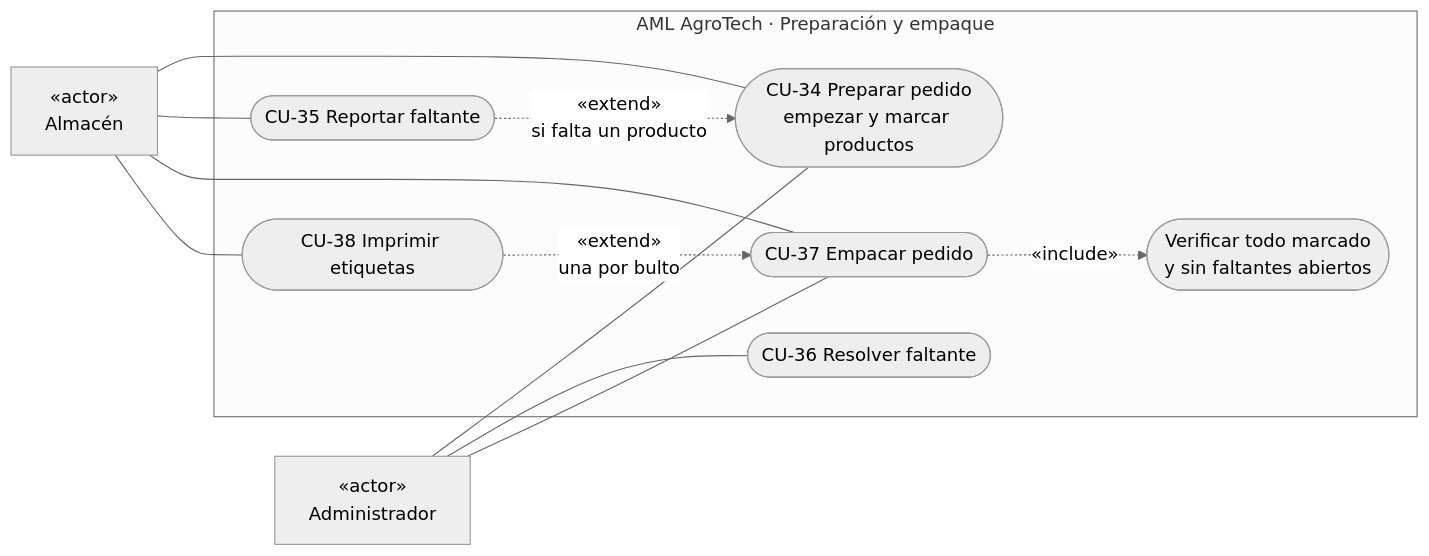
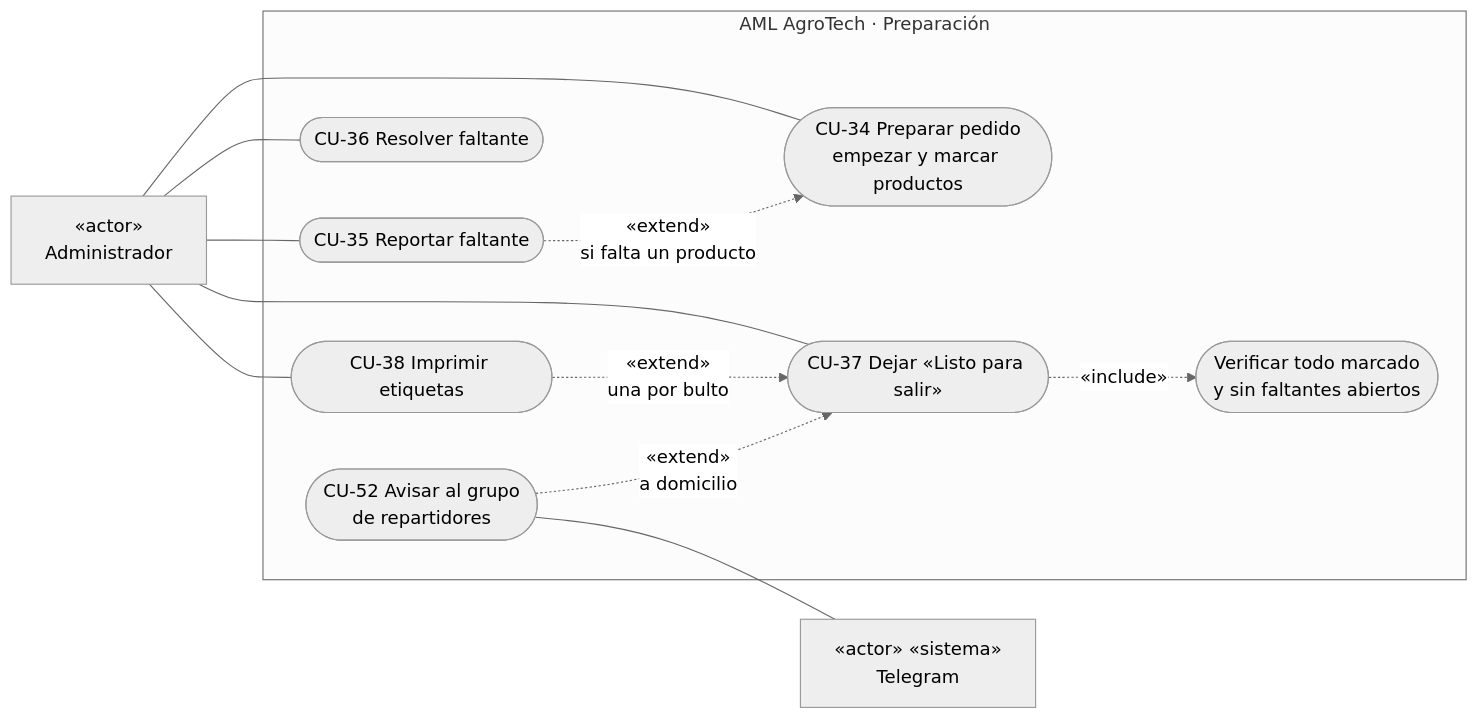
One commit to Almartinezlima/AML-AgroTech changed the eighth of 9 diagrams in docs/uml/casos-de-uso.md. Above: the diagram before and after it, drawn with Mermaid (neutral theme). The commit also changed other lines of this file and 21 other files, not shown here.

Commit message:
docs(entrega): flujo final 9F en specs (pagos solo QR, preparación del admin, entrega, reparto externo y Telegram), casos de uso, UML, OpenAPI, arquitectura, estado y pruebas

````diff
--- a/docs/uml/casos-de-uso.md
+++ b/docs/uml/casos-de-uso.md
@@ -214,23 +212,24 @@
 ```mermaid
 flowchart LR
-  AL["«actor»<br/>Almacén"]
   A["«actor»<br/>Administrador"]
-  subgraph PRE["AML AgroTech · Preparación y empaque"]
+  T["«actor» «sistema»<br/>Telegram"]
+  subgraph PRE["AML AgroTech · Preparación"]
     CU34(["CU-34 Preparar pedido<br/>empezar y marcar productos"])
     CU35(["CU-35 Reportar faltante"])
     CU36(["CU-36 Resolver faltante"])
-    CU37(["CU-37 Empacar pedido"])
+    CU37(["CU-37 Dejar «Listo para salir»"])
     CU38(["CU-38 Imprimir etiquetas"])
+    CU52(["CU-52 Avisar al grupo<br/>de repartidores"])
     VER(["Verificar todo marcado<br/>y sin faltantes abiertos"])
   end
-  AL --- CU34
-  AL --- CU35
-  AL --- CU37
-  AL --- CU38
   A --- CU34
+  A --- CU35
   A --- CU36
   A --- CU37
+  A --- CU38
   CU35 -.->|«extend»<br/>si falta un producto| CU34
   CU37 -.->|«include»| VER
   CU38 -.->|«extend»<br/>una por bulto| CU37
+  CU52 -.->|«extend»<br/>a domicilio| CU37
+  CU52 --- T
 ```
````
